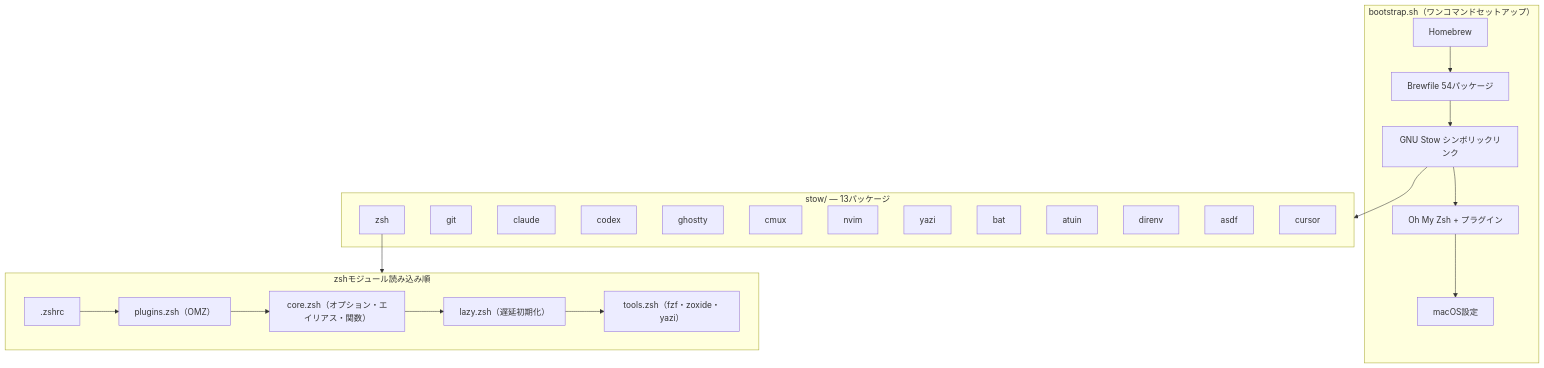
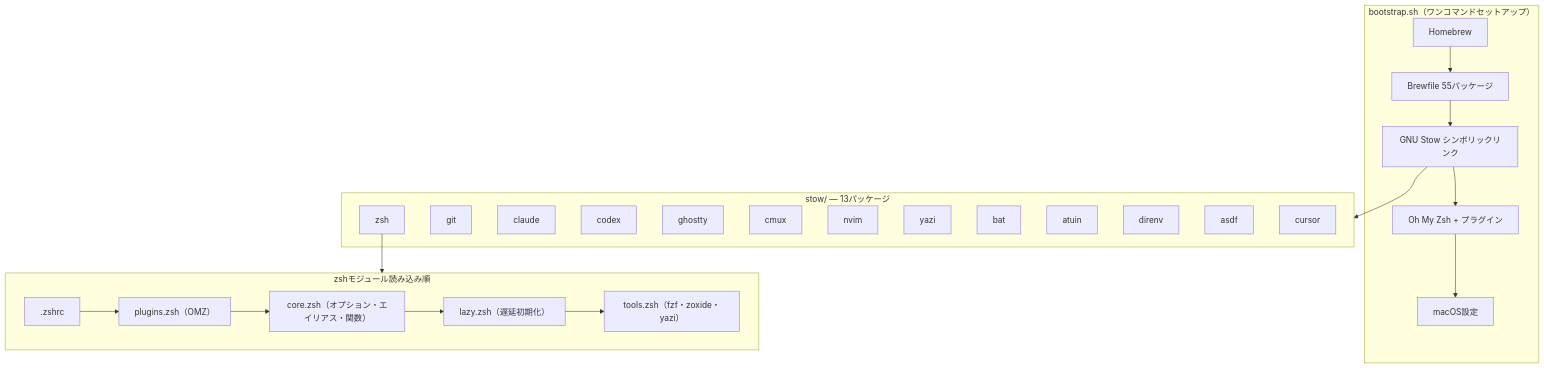
Before and after one commit to otake-shol/dotfiles: the diagram in README.md, drawn with Mermaid. The commit also changed 1 other file, not shown here.

Commit message:
feat(brew): Zedエディタをお試し導入
ほぼClaude Code任せ＋コード閲覧/レビュー中心のワークフロー向けに、
軽量高速なRust製ネイティブエディタZedを「読む・レビューする面」として追加。
パッケージ数54→55に同期。

````diff
--- a/README.md
+++ b/README.md
@@ -96,36 +96,36 @@
 ```mermaid
 graph TB
     subgraph bootstrap["bootstrap.sh（ワンコマンドセットアップ）"]
         B1[Homebrew]
-        B1 --> B2[Brewfile 54パッケージ]
+        B1 --> B2[Brewfile 55パッケージ]
         B2 --> B3[GNU Stow シンボリックリンク]
         B3 --> B4[Oh My Zsh + プラグイン]
         B4 --> B5[macOS設定]
     end
 
     subgraph stow["stow/ — 13パッケージ"]
         S1[zsh]
         S2[git]
         S3[claude]
         S4[codex]
         S5[ghostty]
         S6[cmux]
         S7[nvim]
         S8[yazi]
         S9[bat]
         S10[atuin]
         S11[direnv]
         S12[asdf]
         S13[cursor]
     end
 
     subgraph shell["zshモジュール読み込み順"]
         Z1[".zshrc"] --> Z2["plugins.zsh（OMZ）"]
         Z2 --> Z3["core.zsh（オプション・エイリアス・関数）"]
         Z3 --> Z4["lazy.zsh（遅延初期化）"]
         Z4 --> Z5["tools.zsh（fzf・zoxide・yazi）"]
     end
 
     B3 --> stow
     S1 --> shell
 ```
````
